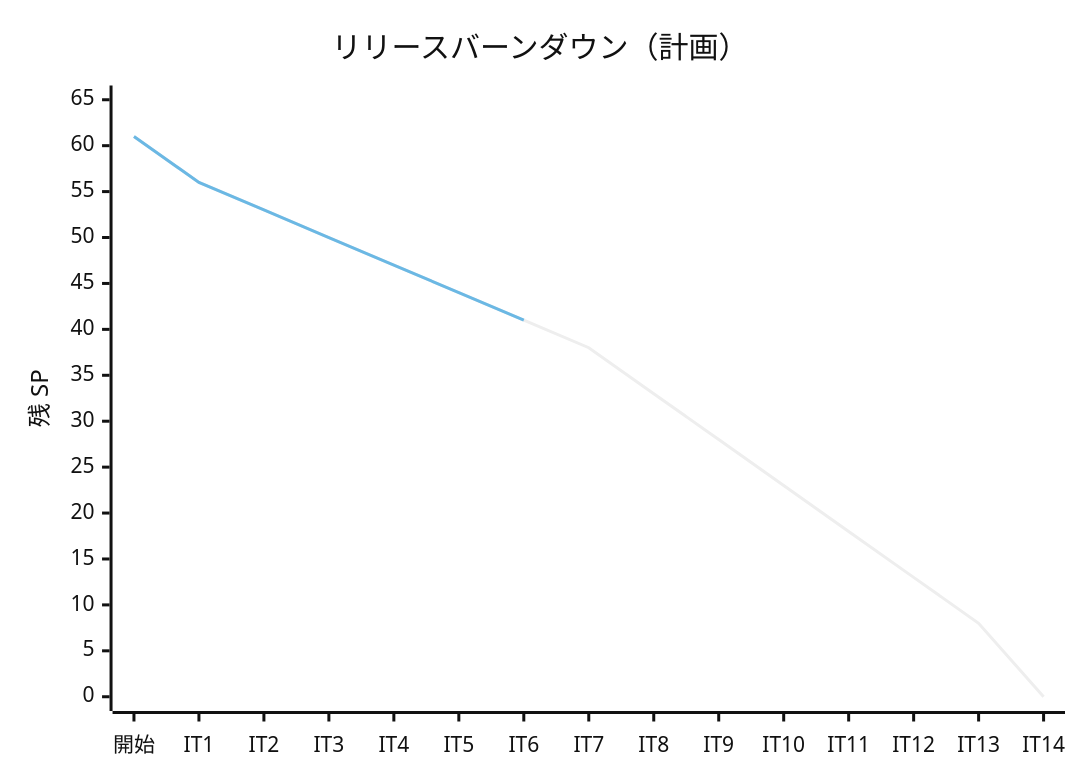
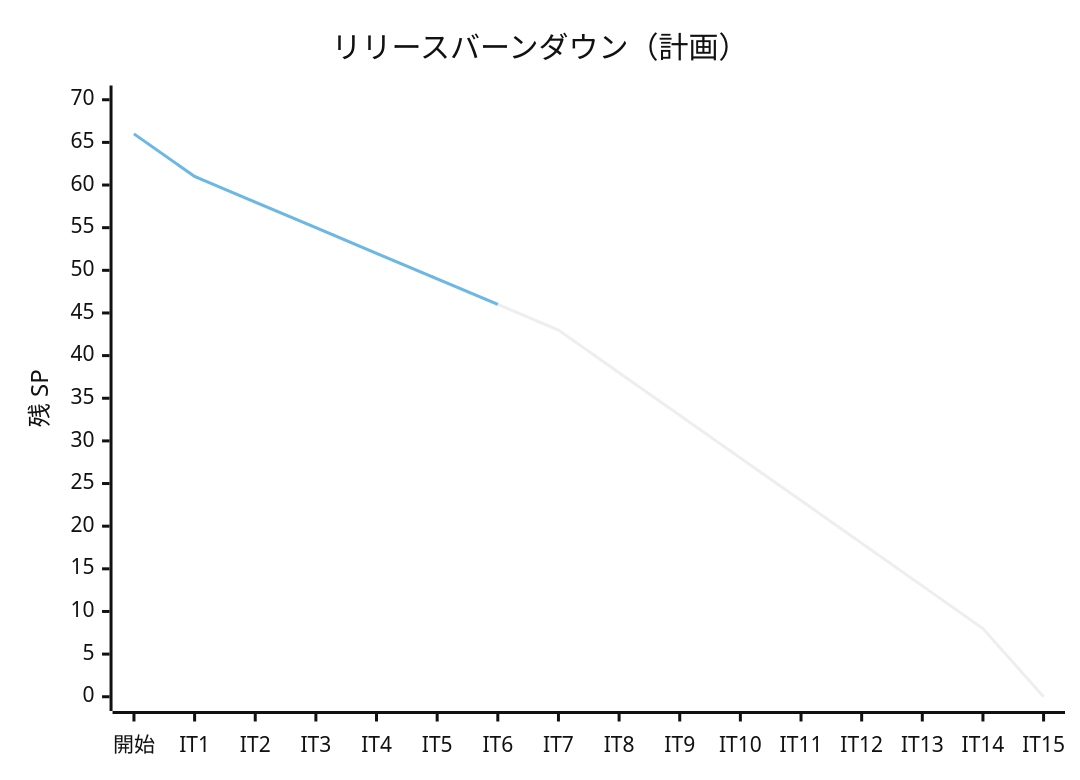
Before and after one commit to k2works/getting-started-algorithm: the second of 2 diagrams in docs/development/release_plan.md, drawn with Mermaid (neutral theme). The commit also changed other lines of this file, not shown here.

````diff
--- a/docs/development/release_plan.md
+++ b/docs/development/release_plan.md
@@ -396,8 +400,8 @@
 ```mermaid
 xychart-beta
     title "リリースバーンダウン（計画）"
-    x-axis ["開始", "IT1", "IT2", "IT3", "IT4", "IT5", "IT6", "IT7", "IT8", "IT9", "IT10", "IT11", "IT12", "IT13", "IT14"]
-    y-axis "残 SP" 0 --> 65
-    line "計画" [61, 56, 53, 50, 47, 44, 41, 38, 33, 28, 23, 18, 13, 8, 0]
-    line "実績" [61, 56, 53, 50, 47, 44, 41]
+    x-axis ["開始", "IT1", "IT2", "IT3", "IT4", "IT5", "IT6", "IT7", "IT8", "IT9", "IT10", "IT11", "IT12", "IT13", "IT14", "IT15"]
+    y-axis "残 SP" 0 --> 70
+    line "計画" [66, 61, 58, 55, 52, 49, 46, 43, 38, 33, 28, 23, 18, 13, 8, 0]
+    line "実績" [66, 61, 58, 55, 52, 49, 46]
 ```
````
